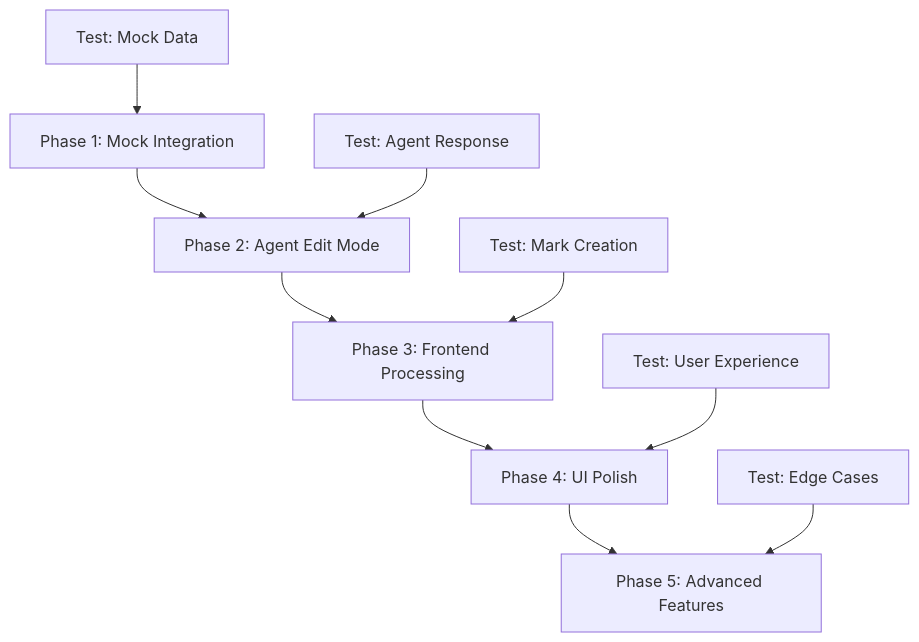
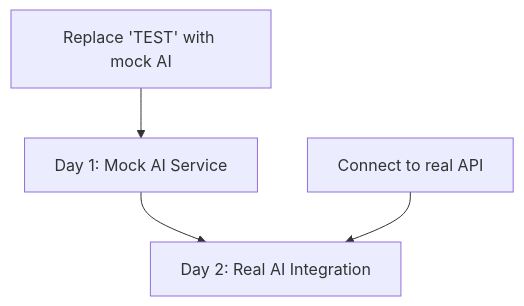
One commit to solutions-engineer-auto/solutions-engineer-auto changed the diagram in AI_DIFF_IMPLEMENTATION_PHASES.md. Above: the diagram before and after it, drawn with Mermaid. The commit also changed other lines of this file and 22 other files, not shown here.

````diff
--- a/AI_DIFF_IMPLEMENTATION_PHASES.md
+++ b/AI_DIFF_IMPLEMENTATION_PHASES.md
@@ -9,13 +15,7 @@
 ```mermaid
 graph TD
-    A[Phase 1: Mock Integration] --> B[Phase 2: Agent Edit Mode]
-    B --> C[Phase 3: Frontend Processing]
-    C --> D[Phase 4: UI Polish]
-    D --> E[Phase 5: Advanced Features]
+    A[Day 1: Mock AI Service] --> B[Day 2: Real AI Integration]
     
-    A1[Test: Mock Data] --> A
-    B1[Test: Agent Response] --> B
-    C1[Test: Mark Creation] --> C
-    D1[Test: User Experience] --> D
-    E1[Test: Edge Cases] --> E
+    A1[Replace 'TEST' with mock AI] --> A
+    B1[Connect to real API] --> B
 ```
````
